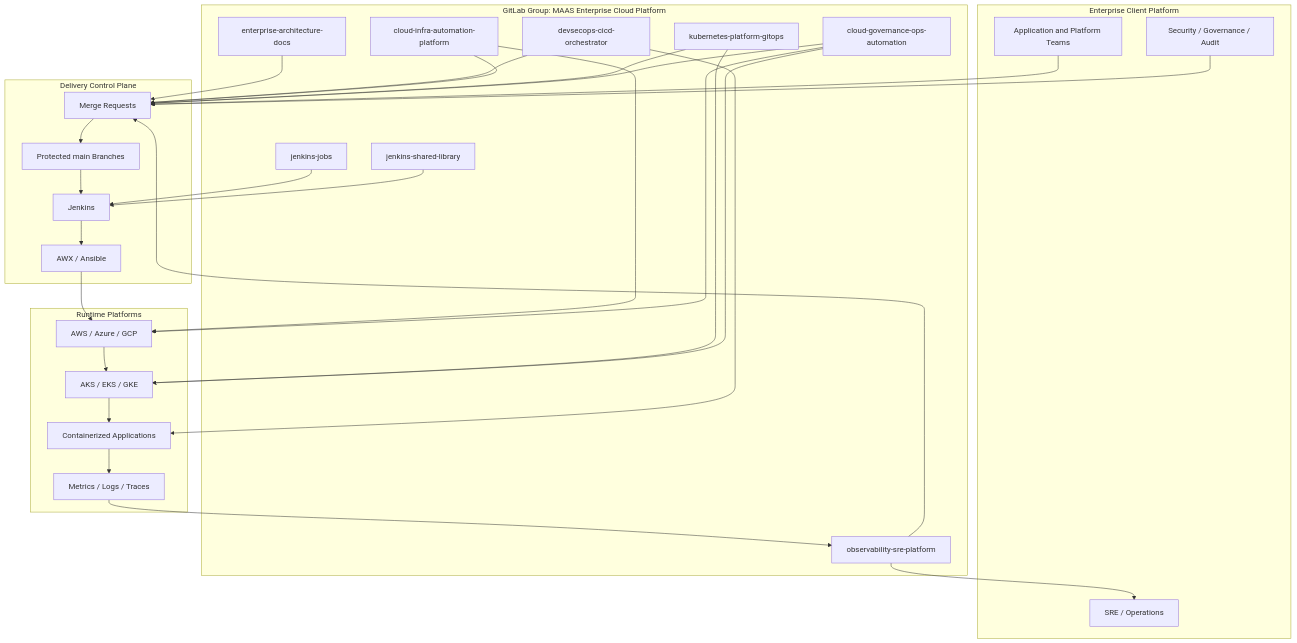
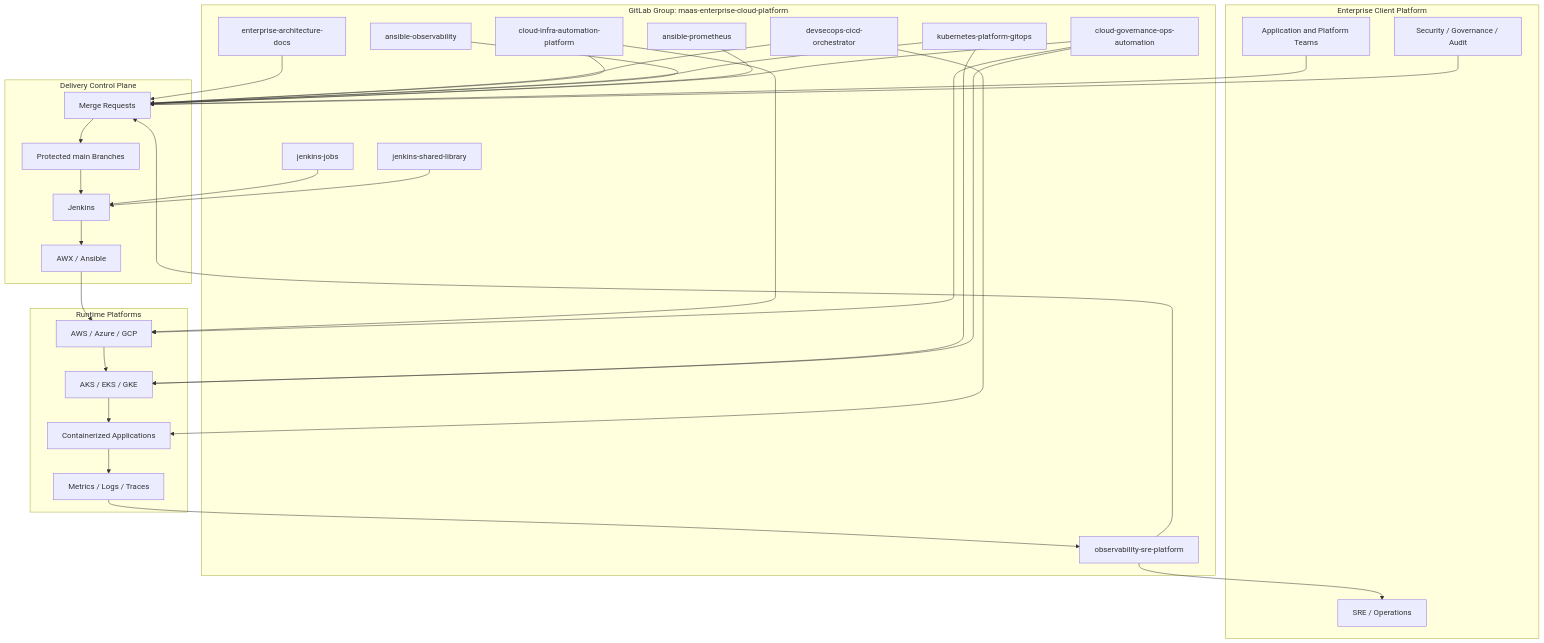
One commit to MIDHTECH/enterprise-architecture-docs changed the diagram in docs/component-architecture.md. Above: the diagram before and after it, drawn with Mermaid. The commit also changed 5 other files, not shown here.

````diff
--- a/docs/component-architecture.md
+++ b/docs/component-architecture.md
@@ -7,58 +7,62 @@
 ```mermaid
 flowchart TB
     subgraph client[Enterprise Client Platform]
         users[Application and Platform Teams]
         governance[Security / Governance / Audit]
         sre[SRE / Operations]
     end
 
-    subgraph gitlab[GitLab Group: MAAS Enterprise Cloud Platform]
+    subgraph gitlab[GitLab Group: maas-enterprise-cloud-platform]
         arch[enterprise-architecture-docs]
         cicd[devsecops-cicd-orchestrator]
         infra[cloud-infra-automation-platform]
         k8s[kubernetes-platform-gitops]
         obs[observability-sre-platform]
+        ansobs[ansible-observability]
+        ansprom[ansible-prometheus]
         gov[cloud-governance-ops-automation]
         jobs[jenkins-jobs]
         lib[jenkins-shared-library]
     end
 
     subgraph delivery[Delivery Control Plane]
         mr[Merge Requests]
         protected[Protected main Branches]
         jenkins[Jenkins]
         awx[AWX / Ansible]
     end
 
     subgraph runtime[Runtime Platforms]
         cloud[AWS / Azure / GCP]
         clusters[AKS / EKS / GKE]
         apps[Containerized Applications]
         telemetry[Metrics / Logs / Traces]
     end
 
     users --> mr
     governance --> mr
     arch --> mr
     cicd --> mr
     infra --> mr
     k8s --> mr
     obs --> mr
+    ansobs --> mr
+    ansprom --> mr
     gov --> mr
     jobs --> jenkins
     lib --> jenkins
     mr --> protected
     protected --> jenkins
     jenkins --> awx
     infra --> cloud
     awx --> cloud
     cloud --> clusters
     k8s --> clusters
     cicd --> apps
     clusters --> apps
     apps --> telemetry
     telemetry --> obs
     gov --> cloud
     gov --> clusters
     obs --> sre
 ```
````
